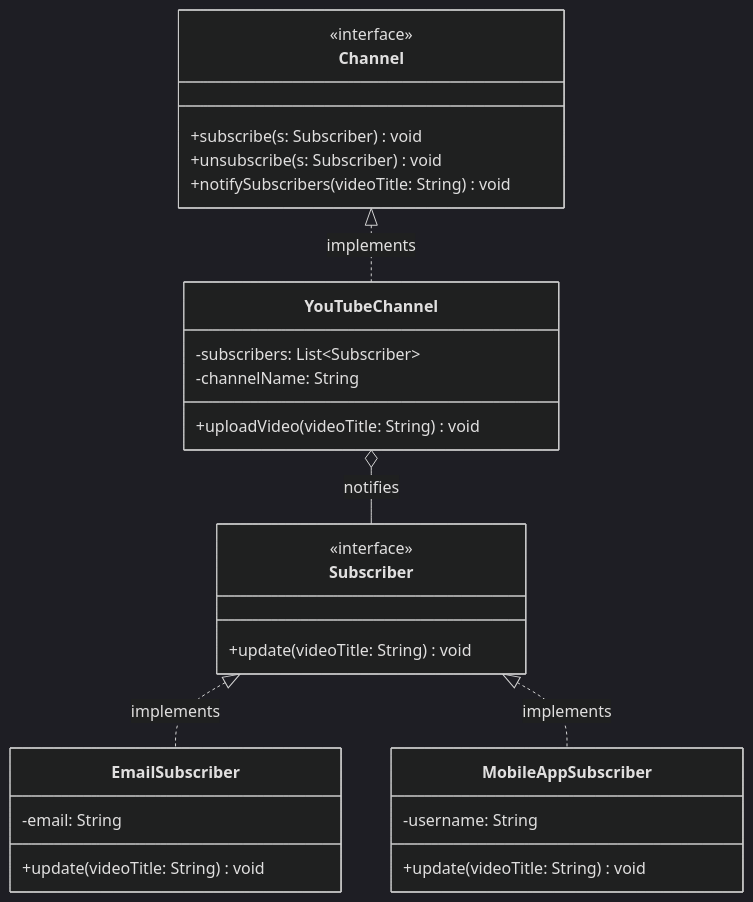
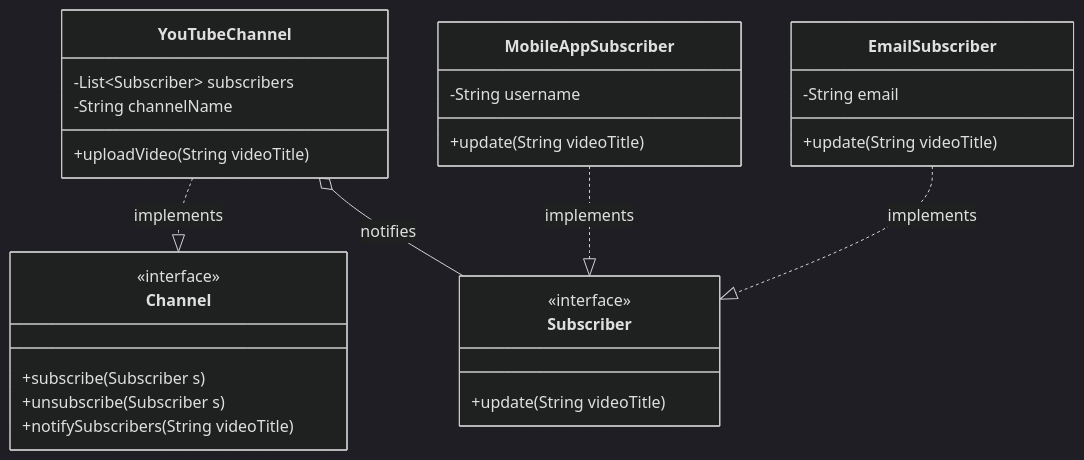
The diagram in src/DesignPatterns/BehaviouralPatterns/NEW/ObservorPattern/ObserverDesignPatternGuide.md (rizonkumar/solid-design-patterns), drawn with Mermaid (dark theme) before and after one commit. The commit also changed other lines of this file and 3 other files, not shown here.

Commit message:
chore: clean up markdown documentation by removing citation tags and standardizing Mermaid diagrams for behavioral pattern guides.

````diff
--- a/src/DesignPatterns/BehaviouralPatterns/NEW/ObservorPattern/ObserverDesignPatternGuide.md
+++ b/src/DesignPatterns/BehaviouralPatterns/NEW/ObservorPattern/ObserverDesignPatternGuide.md
@@ -29,31 +29,31 @@
 ```mermaid
 classDiagram
     class Channel {
         <<interface>>
-        +subscribe(s: Subscriber) void
-        +unsubscribe(s: Subscriber) void
-        +notifySubscribers(videoTitle: String) void
+        +subscribe(Subscriber s)
+        +unsubscribe(Subscriber s)
+        +notifySubscribers(String videoTitle)
     }
     class YouTubeChannel {
-        -subscribers: List~Subscriber~
-        -channelName: String
-        +uploadVideo(videoTitle: String) void
+        -List~Subscriber~ subscribers
+        -String channelName
+        +uploadVideo(String videoTitle)
     }
     class Subscriber {
         <<interface>>
-        +update(videoTitle: String) void
+        +update(String videoTitle)
     }
     class EmailSubscriber {
-        -email: String
-        +update(videoTitle: String) void
+        -String email
+        +update(String videoTitle)
     }
     class MobileAppSubscriber {
-        -username: String
-        +update(videoTitle: String) void
+        -String username
+        +update(String videoTitle)
     }
 
-    Channel <|.. YouTubeChannel : implements
-    Subscriber <|.. EmailSubscriber : implements
-    Subscriber <|.. MobileAppSubscriber : implements
+    YouTubeChannel ..|> Channel : implements
+    EmailSubscriber ..|> Subscriber : implements
+    MobileAppSubscriber ..|> Subscriber : implements
     YouTubeChannel o-- Subscriber : notifies
 ```
````
